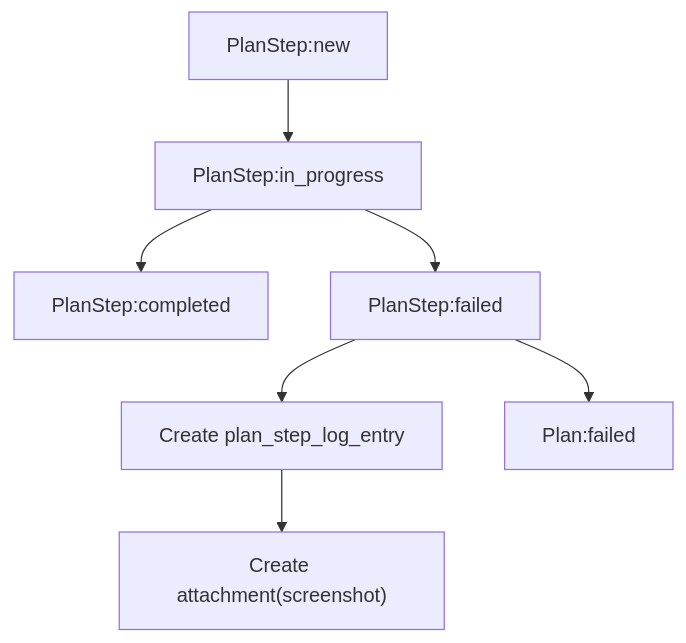
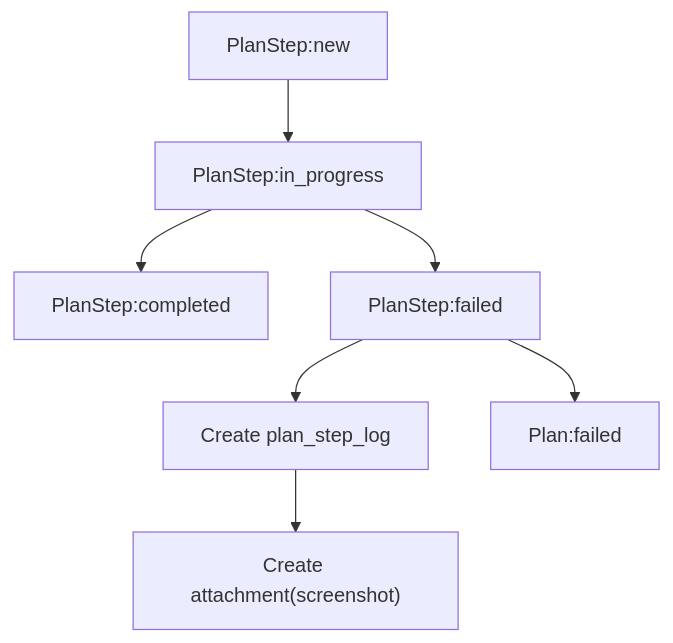
The third of 3 diagrams in docs/LOGIC-FLOW-BOT-2.md (Zaborstik/automation-platform), drawn with Mermaid before and after one commit. The commit also changed other lines of this file and 18 other files, not shown here.

````diff
--- a/docs/LOGIC-FLOW-BOT-2.md
+++ b/docs/LOGIC-FLOW-BOT-2.md
@@ -369,9 +369,9 @@
 ```mermaid
 flowchart TD
     StepStart["PlanStep:new"] --> StepRun["PlanStep:in_progress"]
     StepRun --> StepOk["PlanStep:completed"]
     StepRun --> StepErr["PlanStep:failed"]
-    StepErr --> LogEntry["Create plan_step_log_entry"]
+    StepErr --> LogEntry["Create plan_step_log"]
     LogEntry --> Attachment["Create attachment(screenshot)"]
     StepErr --> PlanFail["Plan:failed"]
 ```
````
